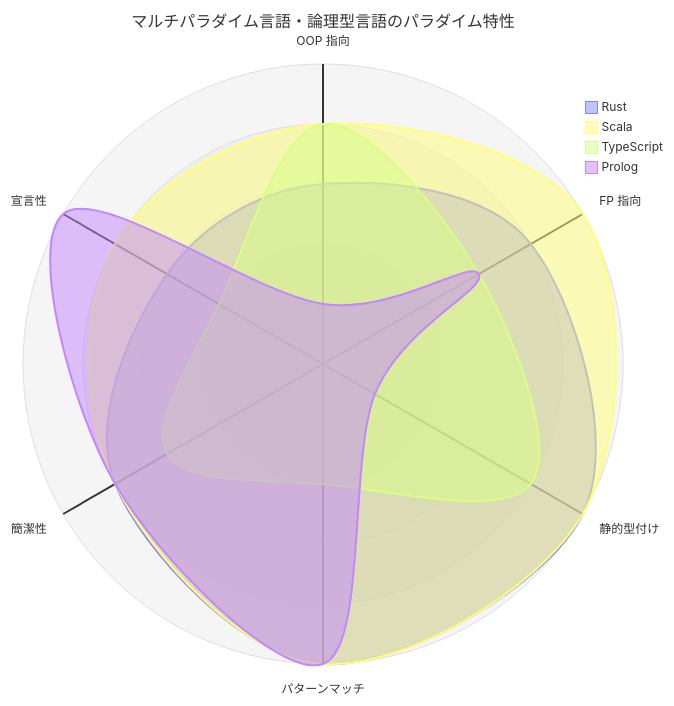
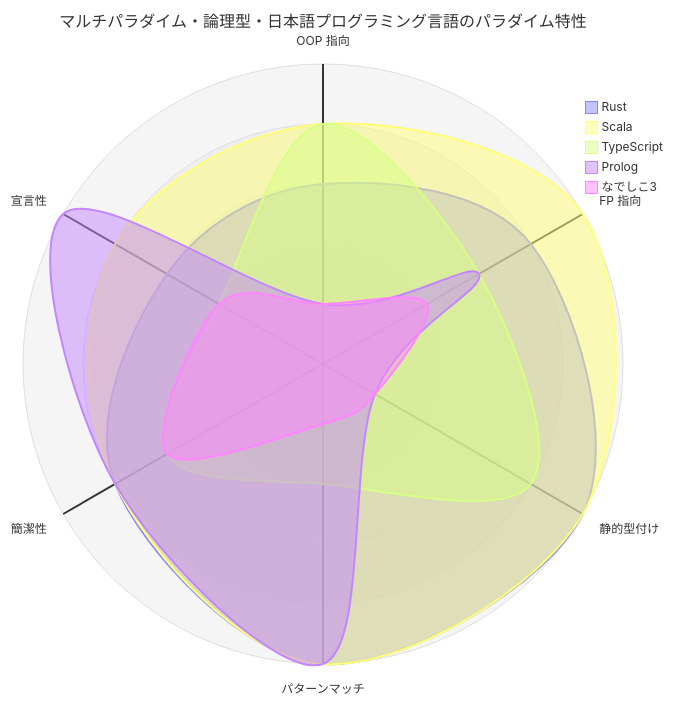
One commit to k2works/getting-started-tdd changed the third of 3 diagrams in docs/article/integration/01-language-overview.md. Above: the diagram before and after it, drawn with Mermaid. The commit also changed other lines of this file and 10 other files, not shown here.

````diff
--- a/docs/article/integration/01-language-overview.md
+++ b/docs/article/integration/01-language-overview.md
@@ -480,12 +503,13 @@
 ```mermaid
 radar-beta
-  title マルチパラダイム言語・論理型言語のパラダイム特性
+  title マルチパラダイム・論理型・日本語プログラミング言語のパラダイム特性
   axis oop["OOP 指向"], fp["FP 指向"], st["静的型付け"]
   axis pm["パターンマッチ"], cc["簡潔性"], dc["宣言性"]
   curve rust["Rust"]{3, 4, 5, 5, 4, 3}
   curve scala["Scala"]{4, 5, 5, 5, 4, 4}
   curve ts["TypeScript"]{4, 3, 4, 2, 3, 2}
   curve prolog["Prolog"]{1, 3, 1, 5, 4, 5}
+  curve nadesiko["なでしこ3"]{1, 2, 1, 1, 3, 2}
   max 5
   min 0
 ```
````
